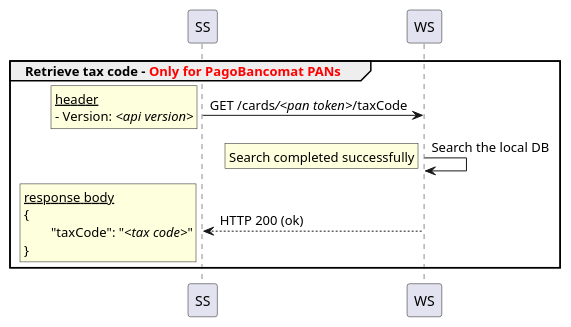
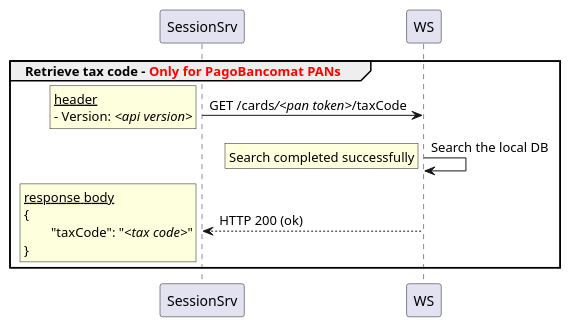
Before and after one commit to antoniotarricone/mil-apis: the diagram in puml/session/retrieve_tax_code.puml, drawn with PlantUML. The commit also changed 35 other files, not shown here.

```diff
--- a/puml/session/retrieve_tax_code.puml
+++ b/puml/session/retrieve_tax_code.puml
@@ -1,20 +1,20 @@
 group Retrieve tax code - <font color="red">Only for PagoBancomat PANs</font>
-	SS -> WS : GET /cards///<pan token>///taxCode
+	SessionSrv -> WS : GET /cards///<pan token>///taxCode
 		rnote left
 			__header__
 			- Version: //<api version>//
 		end note
 	
 	WS -> WS : Search the local DB
 		rnote left
 			Search completed successfully
 		end note
 	
-	WS --> SS : HTTP 200 (ok)
+	WS --> SessionSrv : HTTP 200 (ok)
 		rnote left
 			__response body__
 			{
 				"taxCode": "//<tax code>//"
 			}
 		end note
 end
```
